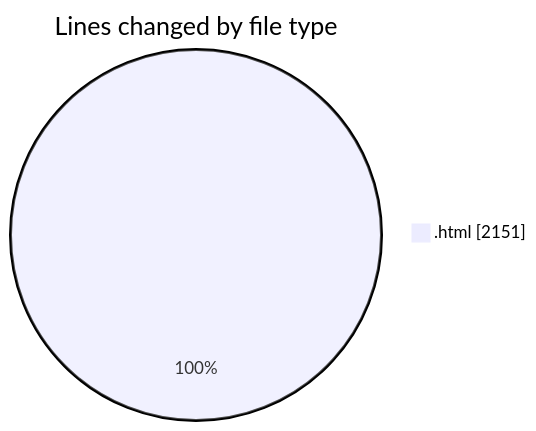
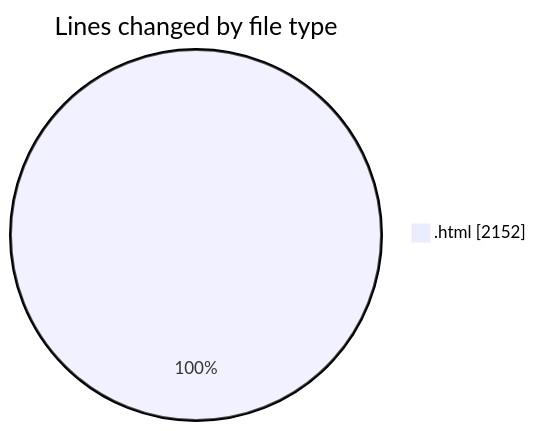
The first of 2 diagrams in 2026-07-11/untitled__workspace_/README.md (shibass792/code-tracking), drawn with Mermaid before and after one commit. The commit also changed other lines of this file and 1 other file, not shown here.

````diff
--- a/2026-07-11/untitled__workspace_/README.md
+++ b/2026-07-11/untitled__workspace_/README.md
@@ -20,5 +20,5 @@
 ```mermaid
 pie showData
 title Lines changed by file type
-".html" : 2151
+".html" : 2152
 ```
````
